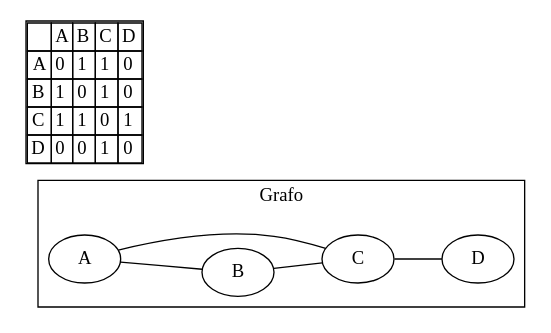
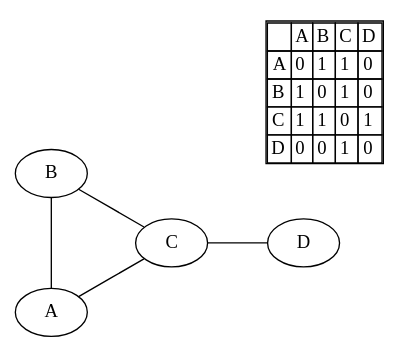
One commit to davigledson/graph_studies changed the diagram in q2_44_matriz_de_adjacencia.dot. Above: the diagram before and after it, drawn with Graphviz. The commit also changed 144 other files, not shown here.

```diff
--- a/q2_44_matriz_de_adjacencia.dot
+++ b/q2_44_matriz_de_adjacencia.dot
@@ -1,34 +1,34 @@
 graph G {
 
-    rankdir=LR
+layout="circo";
 
     // Grafo
     subgraph cluster_grafo {
         label="Grafo"
         A -- B
         A -- C
         B -- C
         C -- D
     }
 
     // Matriz de adjacência
     matriz [shape=plaintext label=<
     <table border="1" cellborder="1" cellspacing="0">
         <tr>
             <td></td><td>A</td><td>B</td><td>C</td><td>D</td>
         </tr>
         <tr>
             <td>A</td><td>0</td><td>1</td><td>1</td><td>0</td>
         </tr>
         <tr>
             <td>B</td><td>1</td><td>0</td><td>1</td><td>0</td>
         </tr>
         <tr>
             <td>C</td><td>1</td><td>1</td><td>0</td><td>1</td>
         </tr>
         <tr>
             <td>D</td><td>0</td><td>0</td><td>1</td><td>0</td>
         </tr>
     </table>
     >];
 }
```
